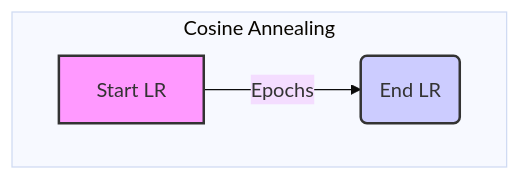
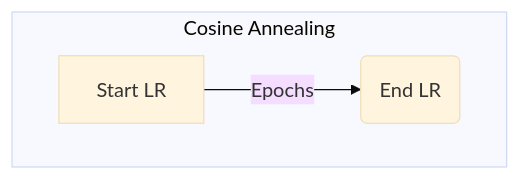
One commit to harimkang/ai-engineer-guide changed the diagram in docs/2-기초-딥러닝/2-5-학습-팁-and-엔지니어링/learning-rate-scheduling.md. Above: the diagram before and after it, drawn with Mermaid (base theme). The commit also changed 45 other files, not shown here.

````diff
--- a/docs/2-기초-딥러닝/2-5-학습-팁-and-엔지니어링/learning-rate-scheduling.md
+++ b/docs/2-기초-딥러닝/2-5-학습-팁-and-엔지니어링/learning-rate-scheduling.md
@@ -38,9 +38,7 @@
 ```mermaid
 graph TD
     subgraph Cosine Annealing
         direction LR
         A[Start LR] -->|Epochs| B(End LR)
     end
-    style A fill:#f9f,stroke:#333,stroke-width:2px
-    style B fill:#ccf,stroke:#333,stroke-width:2px
 ```
````
